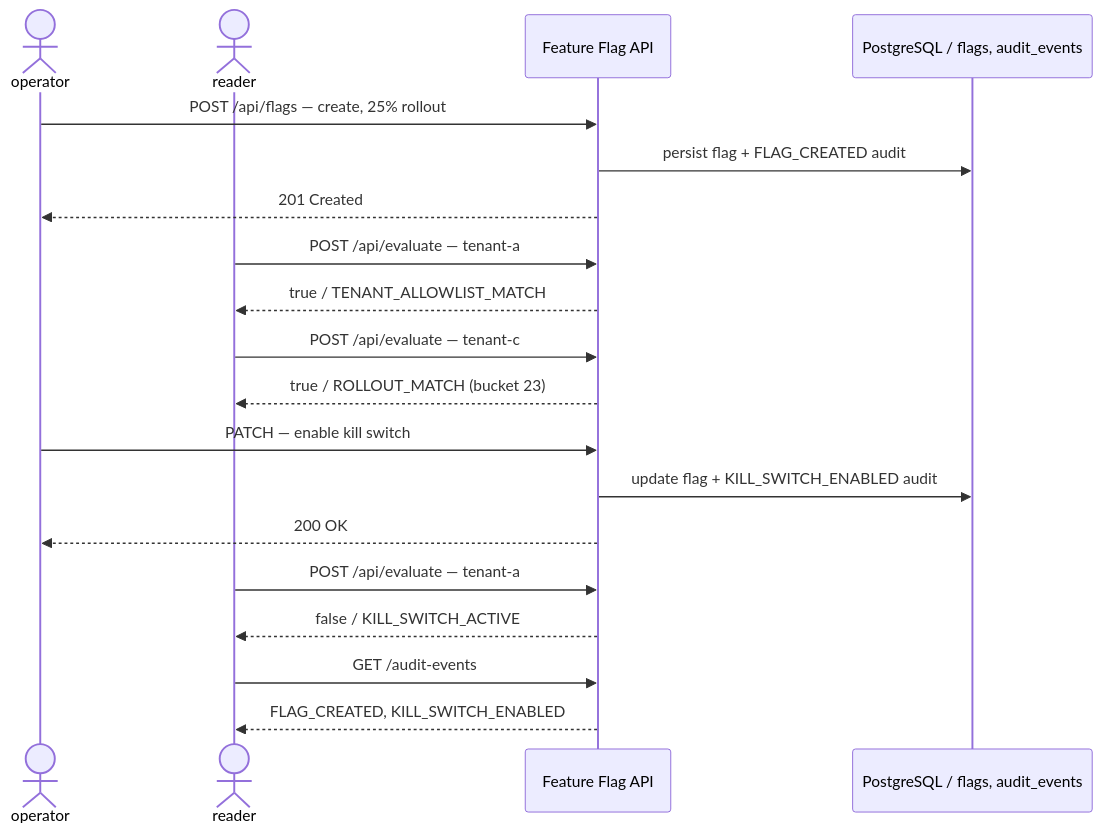
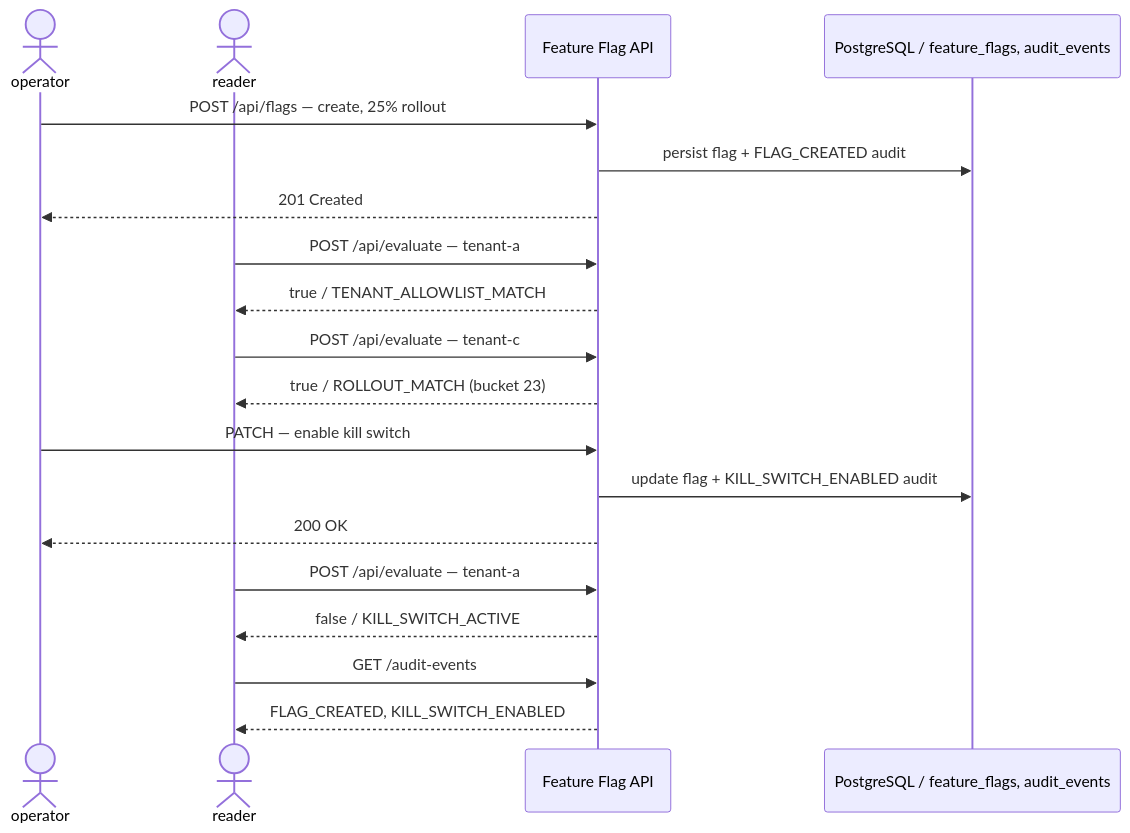
The third of 3 diagrams in README.ja.md (42milez/feature-flag-expt), drawn with Mermaid before and after one commit. The commit also changed other lines of this file and 1 other file, not shown here.

````diff
--- a/README.ja.md
+++ b/README.ja.md
@@ -138,25 +138,25 @@
 ```mermaid
 sequenceDiagram
     actor Op as operator
     actor Rd as reader
     participant API as Feature Flag API
-    participant DB as PostgreSQL / flags, audit_events
+    participant DB as PostgreSQL / feature_flags, audit_events
 
     Op->>API: POST /api/flags — create, 25% rollout
     API->>DB: persist flag + FLAG_CREATED audit
     API-->>Op: 201 Created
 
     Rd->>API: POST /api/evaluate — tenant-a
     API-->>Rd: true / TENANT_ALLOWLIST_MATCH
     Rd->>API: POST /api/evaluate — tenant-c
     API-->>Rd: true / ROLLOUT_MATCH (bucket 23)
 
     Op->>API: PATCH — enable kill switch
     API->>DB: update flag + KILL_SWITCH_ENABLED audit
     API-->>Op: 200 OK
 
     Rd->>API: POST /api/evaluate — tenant-a
     API-->>Rd: false / KILL_SWITCH_ACTIVE
     Rd->>API: GET /audit-events
     API-->>Rd: FLAG_CREATED, KILL_SWITCH_ENABLED
 ```
````
